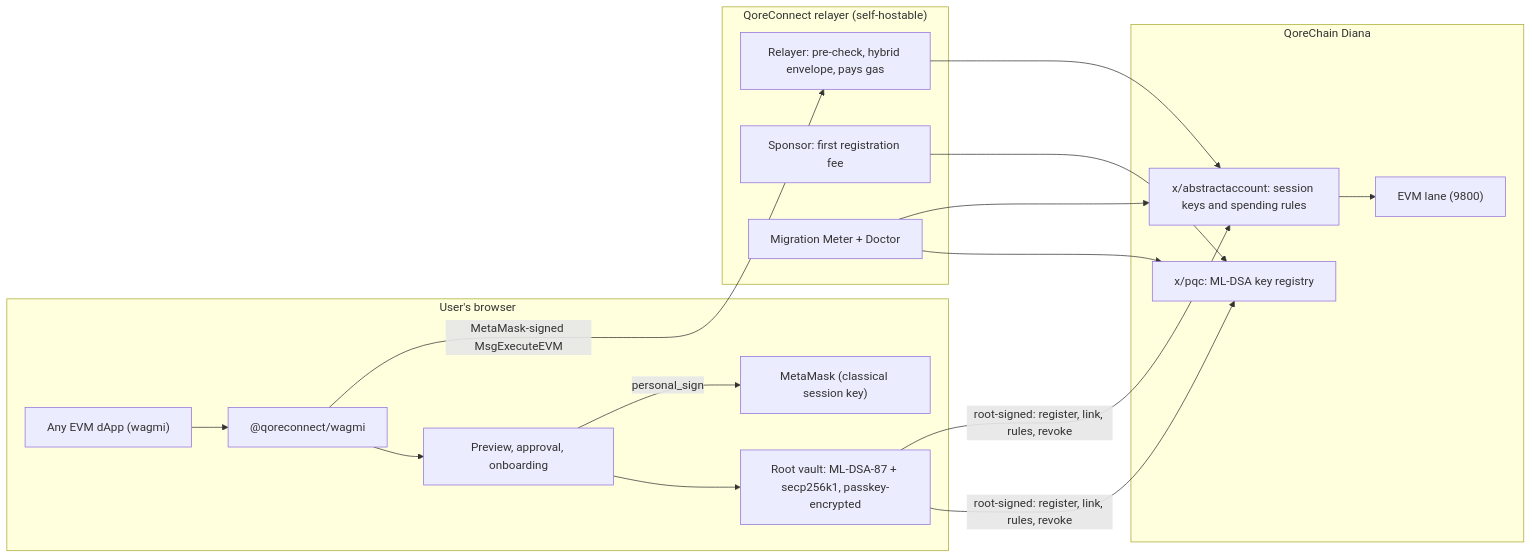
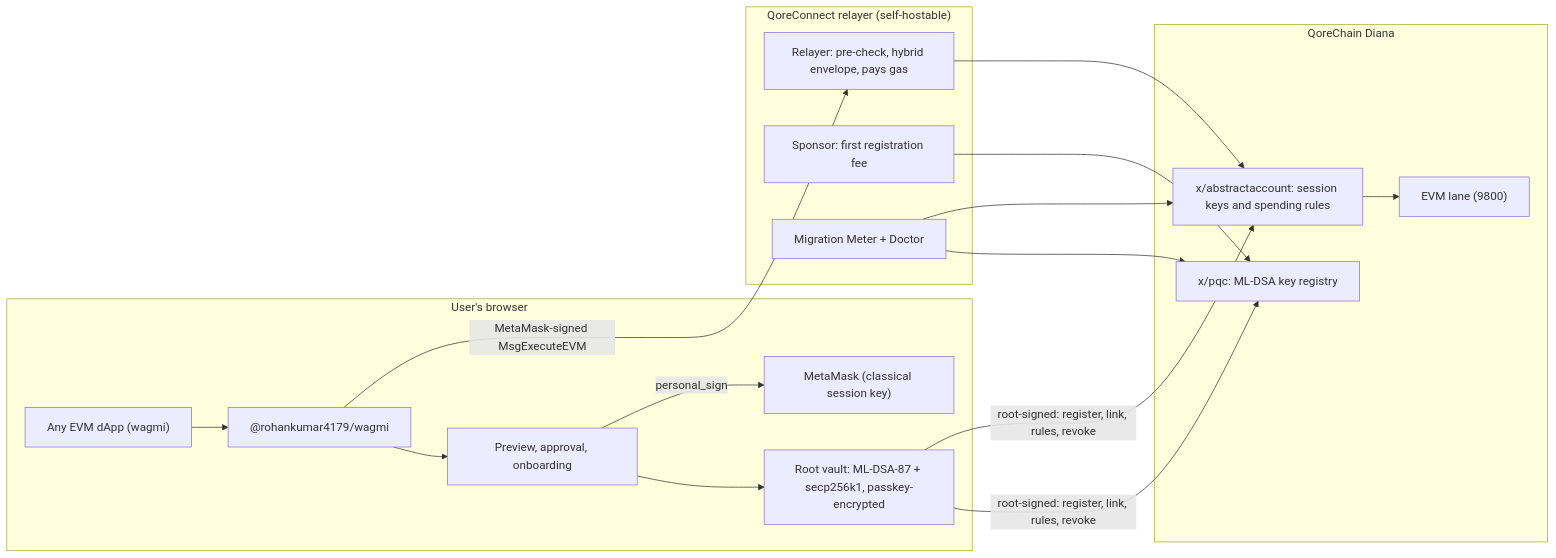
Before and after one commit to rohan911438/QoreConnect: the diagram in README.md, drawn with Mermaid. The commit also changed other lines of this file and 85 other files, not shown here.

First line of the commit message:
Publish the SDK under @rohankumar4179/* (core, react, wagmi, relayer); npm READMEs for each package

````diff
--- a/README.md
+++ b/README.md
@@ -53,23 +53,23 @@
 ```mermaid
 flowchart LR
   subgraph Browser["User's browser"]
-    DAPP["Any EVM dApp (wagmi)"] --> CONN["@qoreconnect/wagmi"]
+    DAPP["Any EVM dApp (wagmi)"] --> CONN["@rohankumar4179/wagmi"]
     CONN --> UI["Preview, approval, onboarding"]
     UI --> VAULT["Root vault: ML-DSA-87 + secp256k1, passkey-encrypted"]
     UI -- "personal_sign" --> MM["MetaMask (classical session key)"]
   end
   subgraph Server["QoreConnect relayer (self-hostable)"]
     REL["Relayer: pre-check, hybrid envelope, pays gas"]
     SPON["Sponsor: first registration fee"]
     METER["Migration Meter + Doctor"]
   end
   subgraph Chain["QoreChain Diana"]
     PQC["x/pqc: ML-DSA key registry"]
     AA["x/abstractaccount: session keys and spending rules"]
     EVM["EVM lane (9800)"]
   end
   CONN -- "MetaMask-signed MsgExecuteEVM" --> REL --> AA --> EVM
   VAULT -- "root-signed: register, link, rules, revoke" --> PQC & AA
   SPON --> PQC
   METER --> PQC & AA
 ```
````
